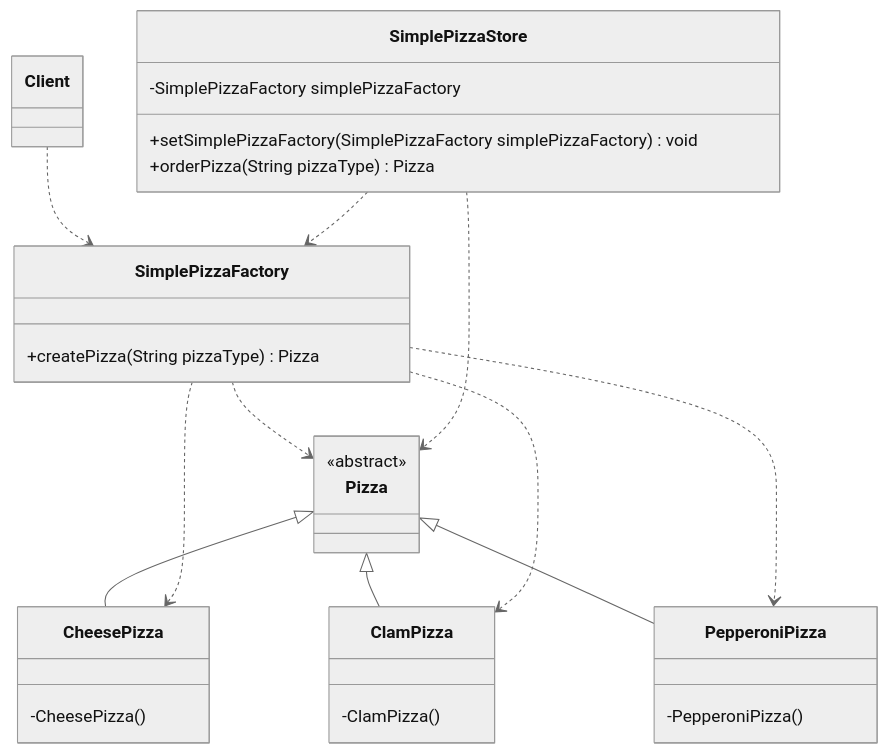
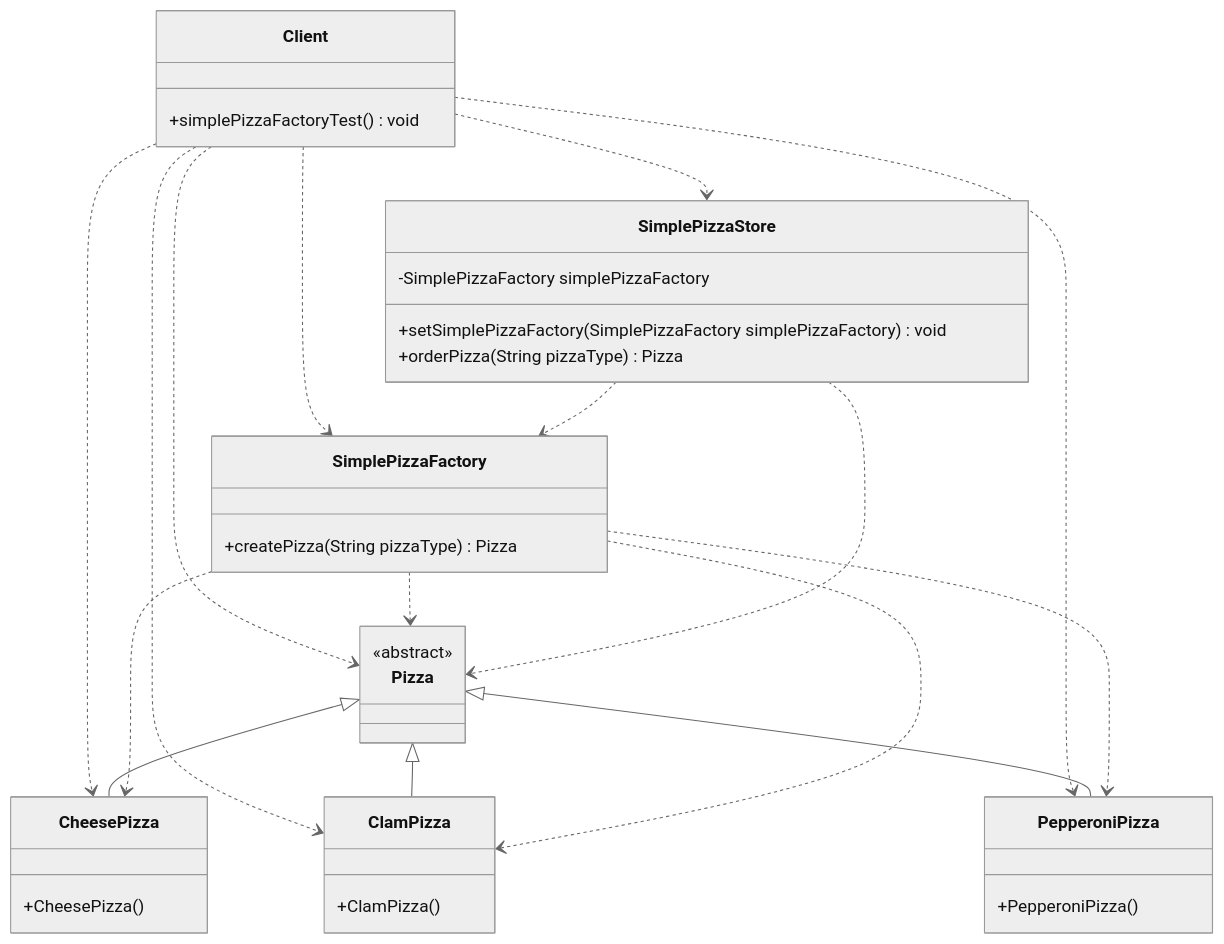
Diagram 16 of 16 in general/designpattern/designpattern-java/designpattern-java.md (lingwh1995/books), drawn with Mermaid (neutral theme) before and after one commit. The commit also changed other lines of this file, not shown here.

````diff
--- a/general/designpattern/designpattern-java/designpattern-java.md
+++ b/general/designpattern/designpattern-java/designpattern-java.md
@@ -778,31 +792,39 @@
 ```mermaid
 classDiagram
+    Client ..> SimplePizzaStore
     Client ..> SimplePizzaFactory
+    Client ..> Pizza
+    Client ..> CheesePizza
+    Client ..> ClamPizza
+    Client ..> PepperoniPizza
     Pizza <|-- CheesePizza
     Pizza <|-- ClamPizza
     Pizza <|-- PepperoniPizza
     SimplePizzaFactory ..> Pizza
     SimplePizzaFactory ..> CheesePizza
     SimplePizzaFactory ..> ClamPizza
     SimplePizzaFactory ..> PepperoniPizza
     SimplePizzaStore ..> Pizza
     SimplePizzaStore ..> SimplePizzaFactory
     class CheesePizza{
-        -CheesePizza()
+        +CheesePizza()
     }
     class ClamPizza{
-        -ClamPizza()
+        +ClamPizza()
     }
     class PepperoniPizza {
-        -PepperoniPizza()
+        +PepperoniPizza()
     }
     class SimplePizzaFactory {
         +createPizza(String pizzaType) Pizza
     }
     class SimplePizzaStore {
         -SimplePizzaFactory simplePizzaFactory
         +setSimplePizzaFactory(SimplePizzaFactory simplePizzaFactory) void
         +orderPizza(String pizzaType) Pizza
     }
+    class Client {
+        +simplePizzaFactoryTest() void
+    }
     <<abstract>> Pizza
 ```
````
